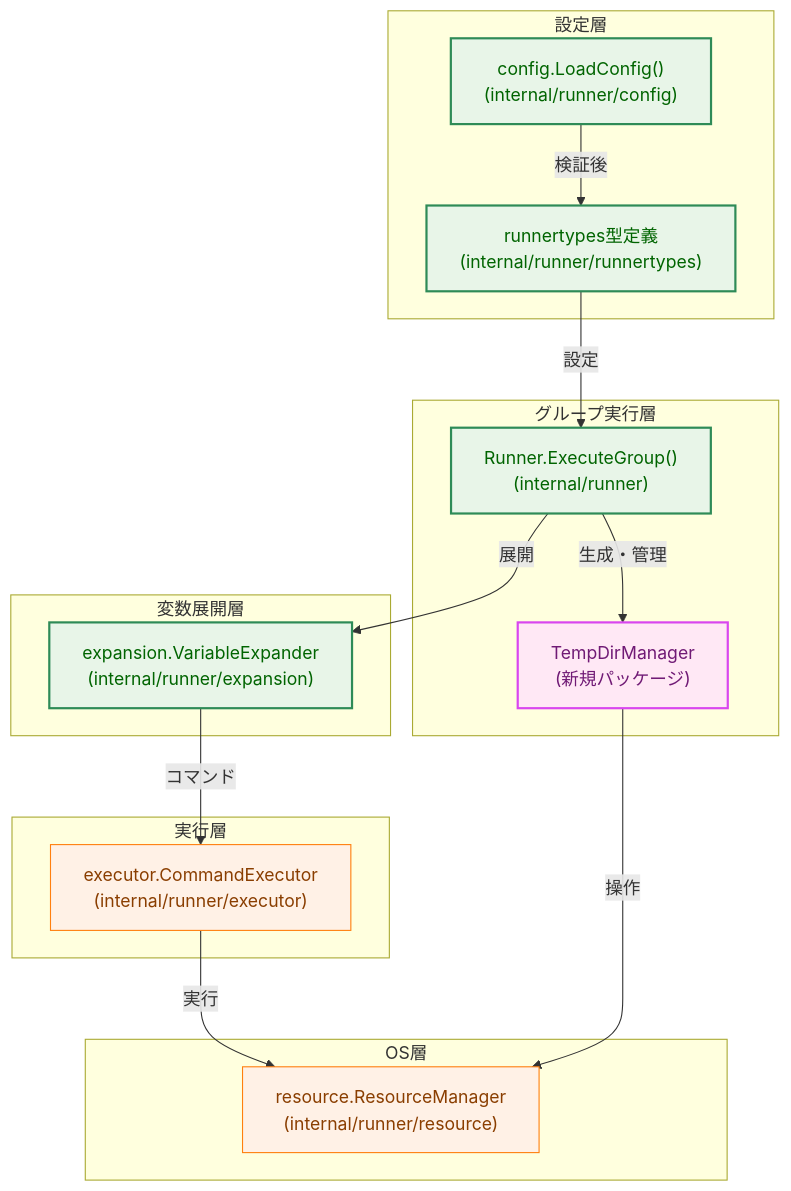
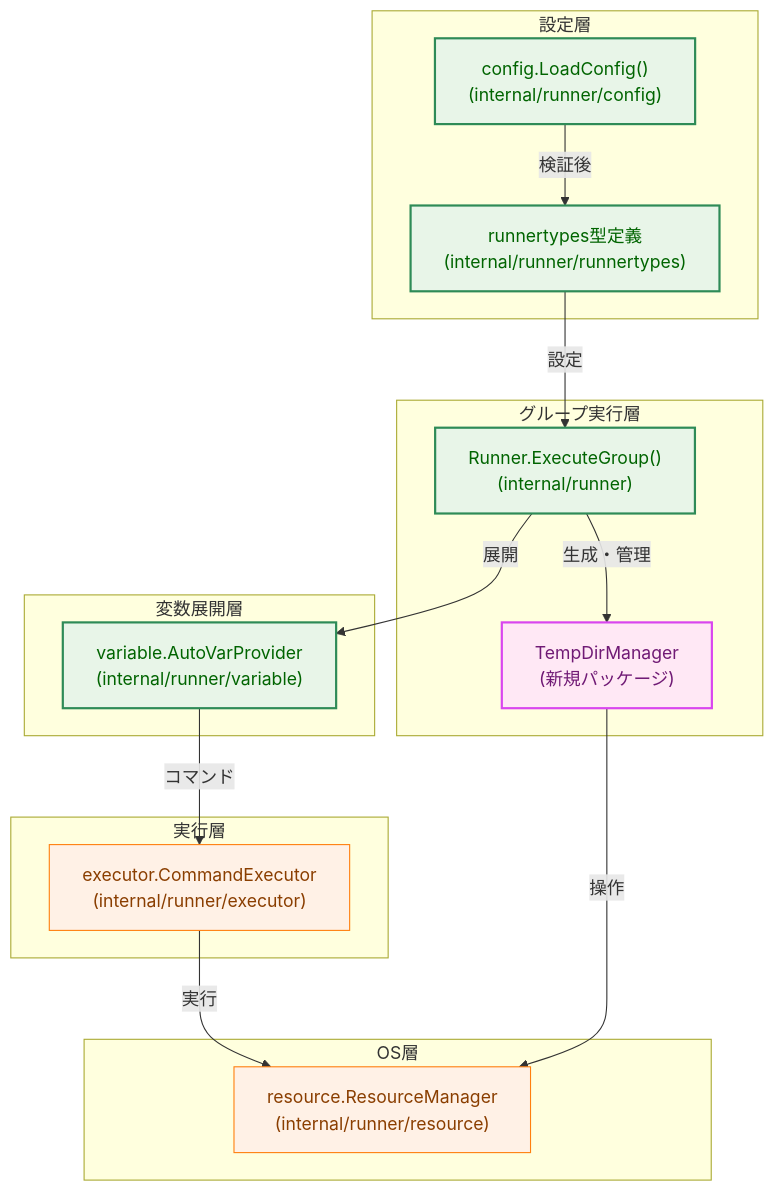
Before and after one commit to isseis/go-safe-cmd-runner: the second of 11 diagrams in docs/tasks/0034_workdir_redesign/02_architecture.md, drawn with Mermaid. The commit also changed other lines of this file, not shown here.

First line of the commit message:
Update architecture docs: rename VariableExpander and set TempDirManager package

````diff
--- a/docs/tasks/0034_workdir_redesign/02_architecture.md
+++ b/docs/tasks/0034_workdir_redesign/02_architecture.md
@@ -142,45 +142,45 @@
 ```mermaid
 graph TB
     classDef data fill:#e6f7ff,stroke:#1f77b4,stroke-width:1px,color:#0b3d91;
     classDef existing fill:#fff1e6,stroke:#ff7f0e,stroke-width:1px,color:#8a3e00;
     classDef enhanced fill:#e8f5e8,stroke:#2e8b57,stroke-width:2px,color:#006400;
     classDef new fill:#ffe8f5,stroke:#d946ef,stroke-width:2px,color:#701a75;
 
     subgraph ConfigLayer["設定層"]
         ConfigLoader["config.LoadConfig()<br/>(internal/runner/config)"]
         Validation["runnertypes型定義<br/>(internal/runner/runnertypes)"]
     end
 
     subgraph GroupLayer["グループ実行層"]
         Runner["Runner.ExecuteGroup()<br/>(internal/runner)"]
         TempDirManager["TempDirManager<br/>(新規パッケージ)"]
     end
 
     subgraph ExpansionLayer["変数展開層"]
-        VariableExpander["expansion.VariableExpander<br/>(internal/runner/expansion)"]
+        VariableExpander["variable.AutoVarProvider<br/>(internal/runner/variable)"]
     end
 
     subgraph ExecutionLayer["実行層"]
         CommandExecutor["executor.CommandExecutor<br/>(internal/runner/executor)"]
     end
 
     subgraph OSLayer["OS層"]
         ResourceManager["resource.ResourceManager<br/>(internal/runner/resource)"]
     end
 
     ConfigLoader -->|検証後| Validation
     Validation -->|設定| Runner
     Runner -->|生成・管理| TempDirManager
     Runner -->|展開| VariableExpander
     VariableExpander -->|コマンド| CommandExecutor
     CommandExecutor -->|実行| ResourceManager
     TempDirManager -->|操作| ResourceManager
 
     class ConfigLoader enhanced;
     class Validation enhanced;
     class Runner enhanced;
     class TempDirManager new;
     class VariableExpander enhanced;
     class CommandExecutor existing;
     class ResourceManager existing;
 ```
````
